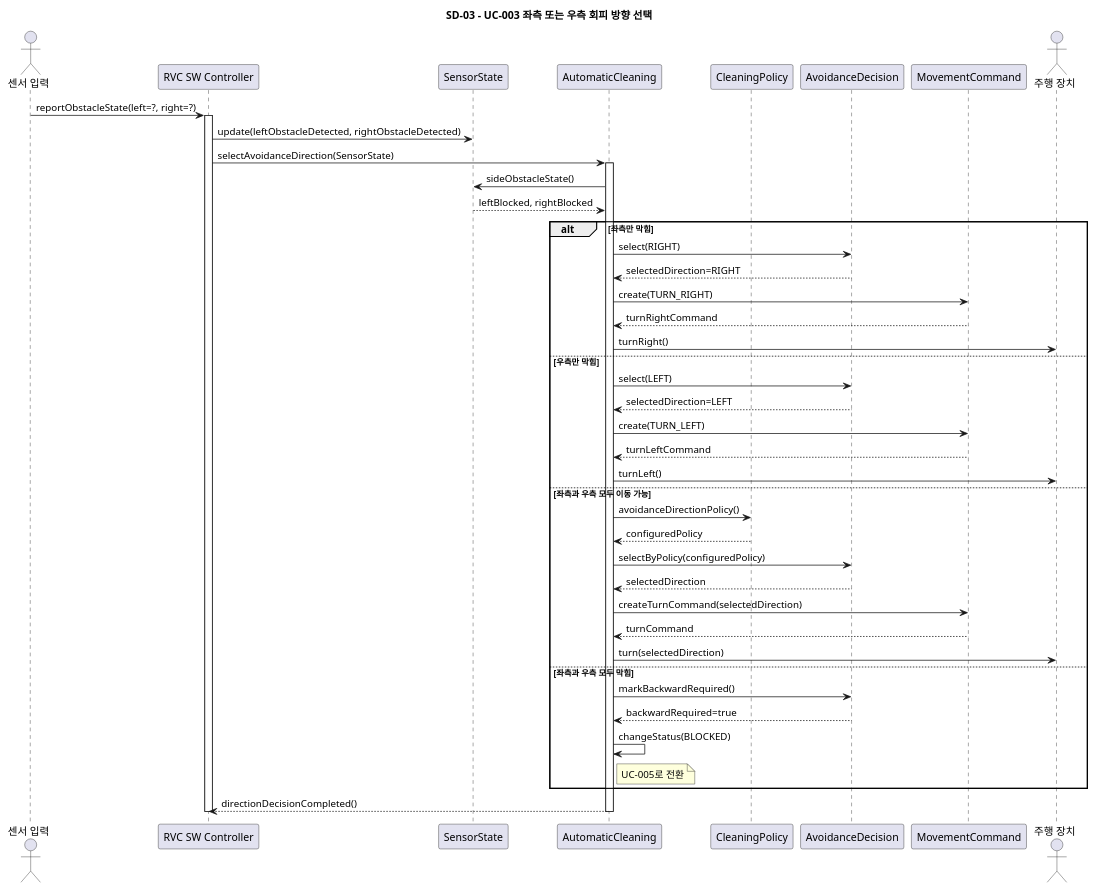
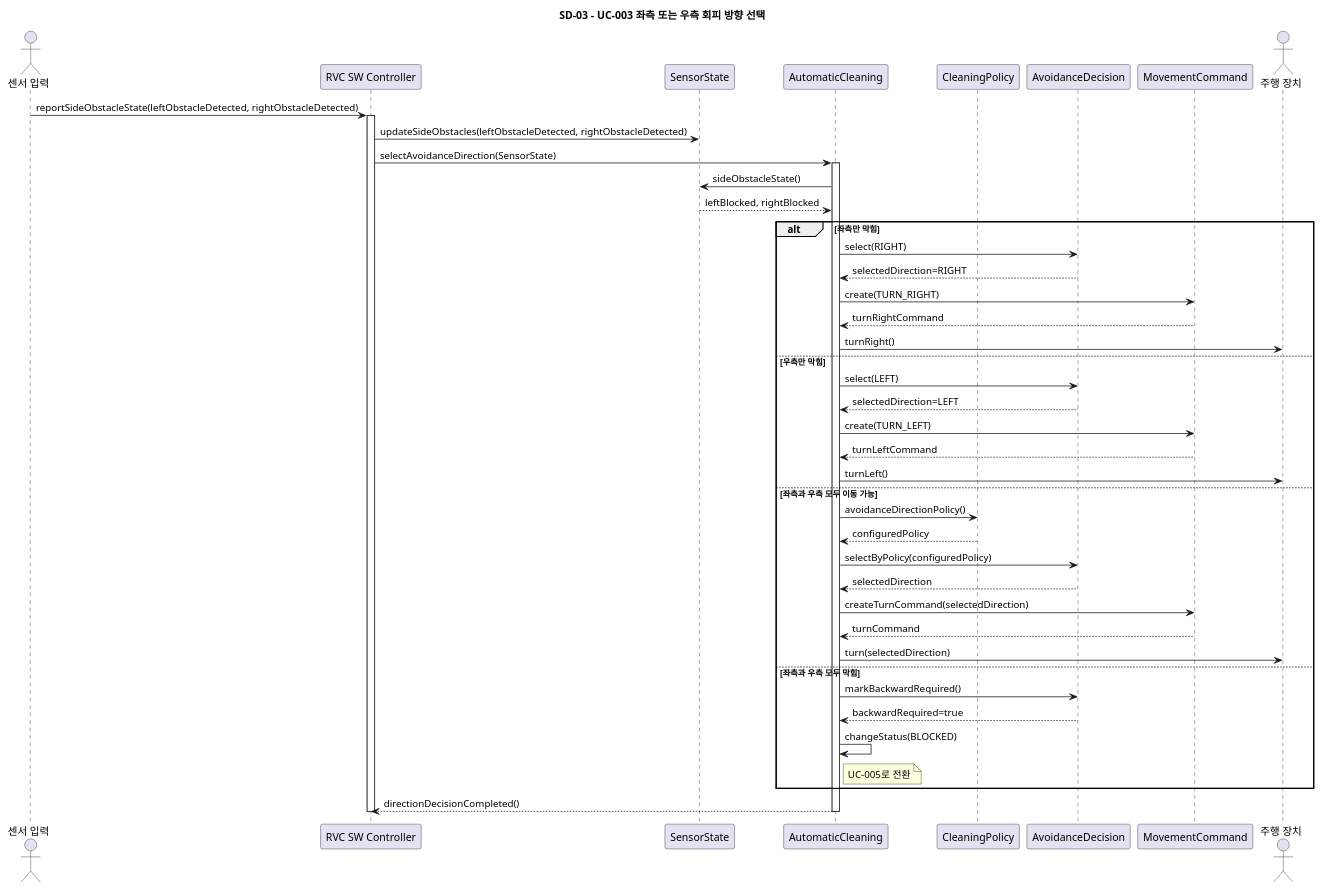
One commit to OOAD-Team3/Robot-Vacuum-Cleaner-AI changed the diagram in docs/sd/SD-03.puml. Above: the diagram before and after it, drawn with PlantUML. The commit also changed 14 other files, not shown here.

Commit message:
docs: address diagram review feedback

```diff
--- a/docs/sd/SD-03.puml
+++ b/docs/sd/SD-03.puml
@@ -6,51 +6,51 @@
 @startuml SD_03_UC003_Select_Avoidance_Direction
 title SD-03 - UC-003 좌측 또는 우측 회피 방향 선택
 
 actor "센서 입력" as Sensor
 participant "RVC SW Controller" as Controller
 participant "SensorState" as SensorState
 participant "AutomaticCleaning" as Cleaning
 participant "CleaningPolicy" as Policy
 participant "AvoidanceDecision" as AvoidanceDecision
 participant "MovementCommand" as MovementCommand
 actor "주행 장치" as Drive
 
-Sensor -> Controller: reportObstacleState(left=?, right=?)
+Sensor -> Controller: reportSideObstacleState(leftObstacleDetected, rightObstacleDetected)
 activate Controller
-Controller -> SensorState: update(leftObstacleDetected, rightObstacleDetected)
+Controller -> SensorState: updateSideObstacles(leftObstacleDetected, rightObstacleDetected)
 Controller -> Cleaning: selectAvoidanceDirection(SensorState)
 activate Cleaning
 Cleaning -> SensorState: sideObstacleState()
 SensorState --> Cleaning: leftBlocked, rightBlocked
 
 alt 좌측만 막힘
     Cleaning -> AvoidanceDecision: select(RIGHT)
     AvoidanceDecision --> Cleaning: selectedDirection=RIGHT
     Cleaning -> MovementCommand: create(TURN_RIGHT)
     MovementCommand --> Cleaning: turnRightCommand
     Cleaning -> Drive: turnRight()
 else 우측만 막힘
     Cleaning -> AvoidanceDecision: select(LEFT)
     AvoidanceDecision --> Cleaning: selectedDirection=LEFT
     Cleaning -> MovementCommand: create(TURN_LEFT)
     MovementCommand --> Cleaning: turnLeftCommand
     Cleaning -> Drive: turnLeft()
 else 좌측과 우측 모두 이동 가능
     Cleaning -> Policy: avoidanceDirectionPolicy()
     Policy --> Cleaning: configuredPolicy
     Cleaning -> AvoidanceDecision: selectByPolicy(configuredPolicy)
     AvoidanceDecision --> Cleaning: selectedDirection
     Cleaning -> MovementCommand: createTurnCommand(selectedDirection)
     MovementCommand --> Cleaning: turnCommand
     Cleaning -> Drive: turn(selectedDirection)
 else 좌측과 우측 모두 막힘
     Cleaning -> AvoidanceDecision: markBackwardRequired()
     AvoidanceDecision --> Cleaning: backwardRequired=true
     Cleaning -> Cleaning: changeStatus(BLOCKED)
     note right of Cleaning: UC-005로 전환
 end
 
 Cleaning --> Controller: directionDecisionCompleted()
 deactivate Cleaning
 deactivate Controller
 @enduml
```
